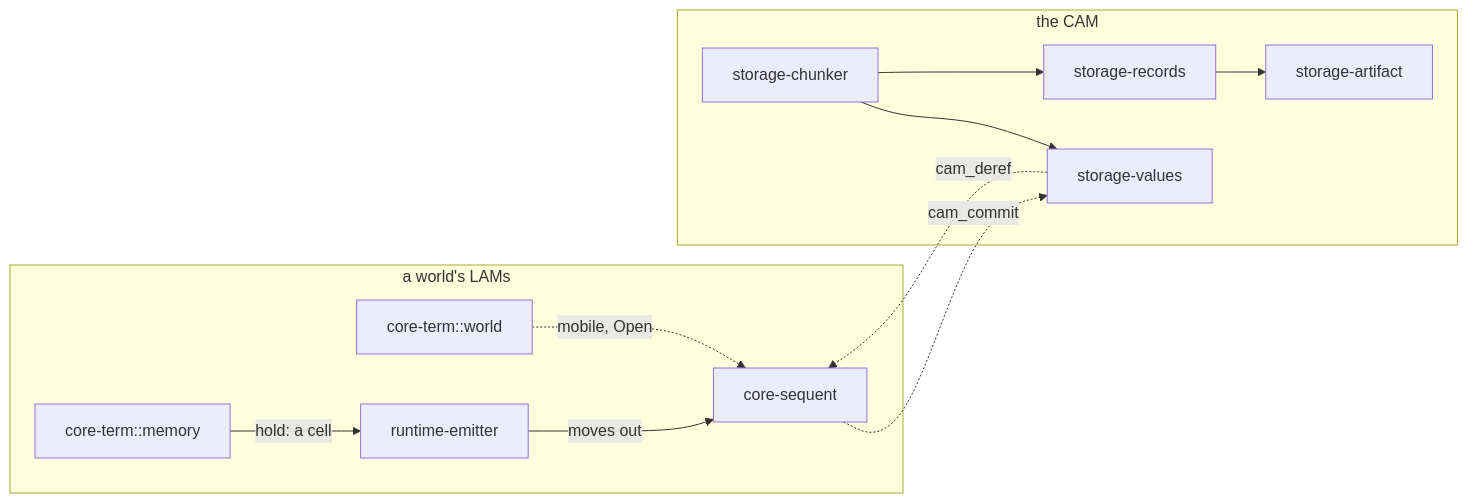
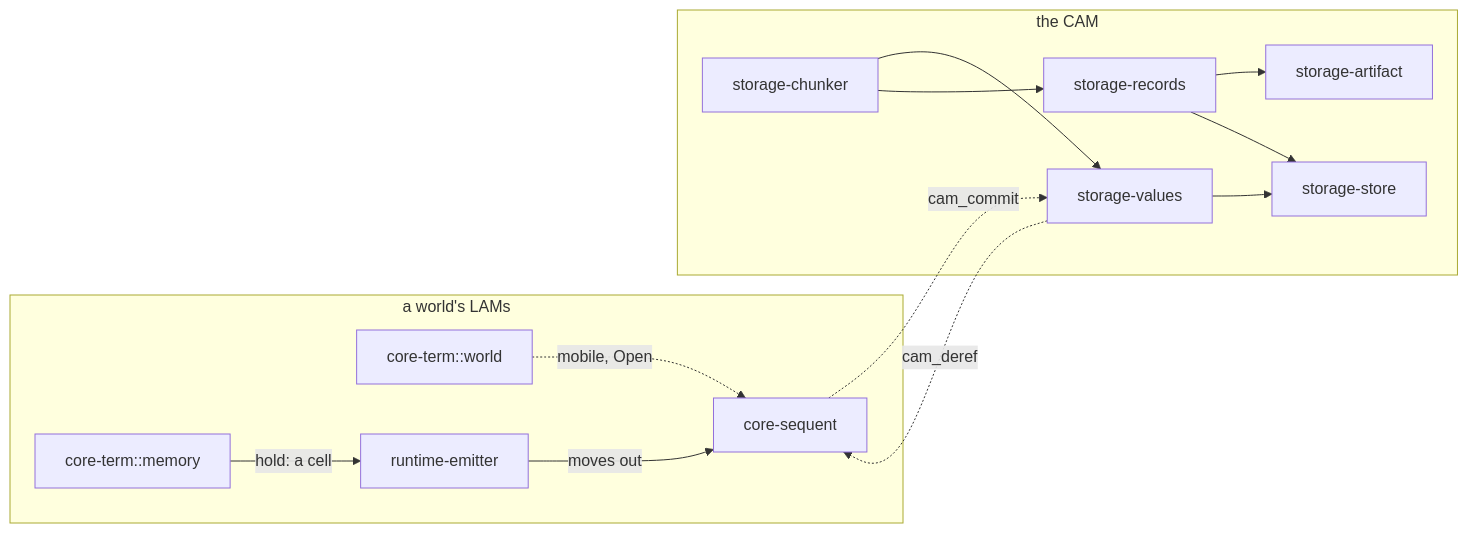
Before and after one commit to gandr-lang/gandr: the second of 2 diagrams in crates/README.md, drawn with Mermaid. The commit also changed other lines of this file and 25 other files, not shown here.

First line of the commit message:
feat(storage): one store for the storage tier, the lock pointing into it

````diff
--- a/crates/README.md
+++ b/crates/README.md
@@ -137,23 +136,26 @@
 ```mermaid
 flowchart LR
   subgraph LAMs["a world's LAMs"]
     world[core-term::world]
     memory[core-term::memory]
     emitter[runtime-emitter]
     sequent[core-sequent]
   end
   subgraph CAM["the CAM"]
     chunker[storage-chunker]
     values[storage-values]
     records[storage-records]
     artifact[storage-artifact]
+    store[storage-store]
   end
   memory -->|hold: a cell| emitter
   emitter -->|moves out| sequent
   world -.->|mobile, Open| sequent
   sequent -.->|cam_commit| values
   values -.->|cam_deref| sequent
   chunker --> values
   chunker --> records
   records --> artifact
+  values --> store
+  records --> store
 ```
````
